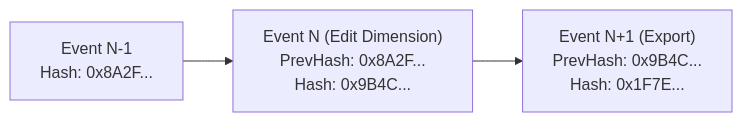
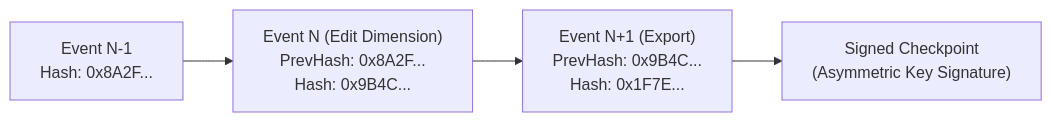
Before and after one commit to LoonistApp/Loonist: the sixth of 9 diagrams in Phase_3_Desktop_System_Architecture.md, drawn with Mermaid. The commit also changed other lines of this file, not shown here.

````diff
--- a/Phase_3_Desktop_System_Architecture.md
+++ b/Phase_3_Desktop_System_Architecture.md
@@ -273,8 +291,9 @@
 ```mermaid
 flowchart LR
     Event1["Event N-1\nHash: 0x8A2F..."]
     Event2["Event N (Edit Dimension)\nPrevHash: 0x8A2F...\nHash: 0x9B4C..."]
     Event3["Event N+1 (Export)\nPrevHash: 0x9B4C...\nHash: 0x1F7E..."]
+    Checkpoint["Signed Checkpoint\n(Asymmetric Key Signature)"]
     
-    Event1 --> Event2 --> Event3
+    Event1 --> Event2 --> Event3 --> Checkpoint
 ```
````
